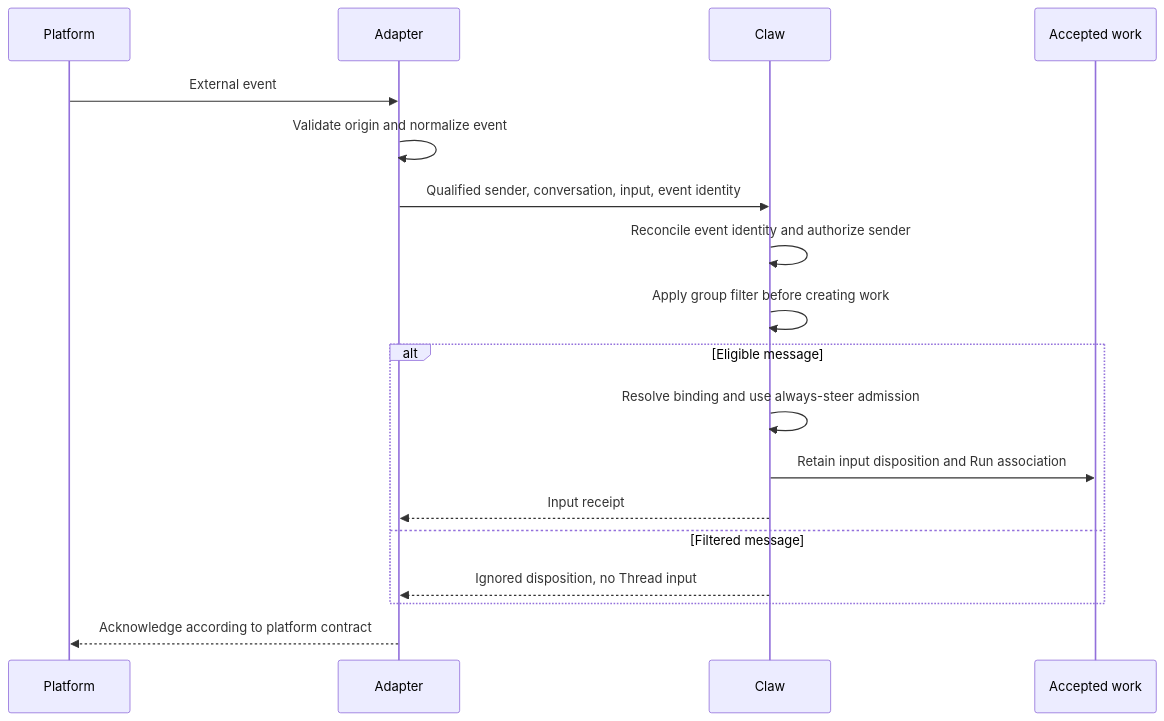
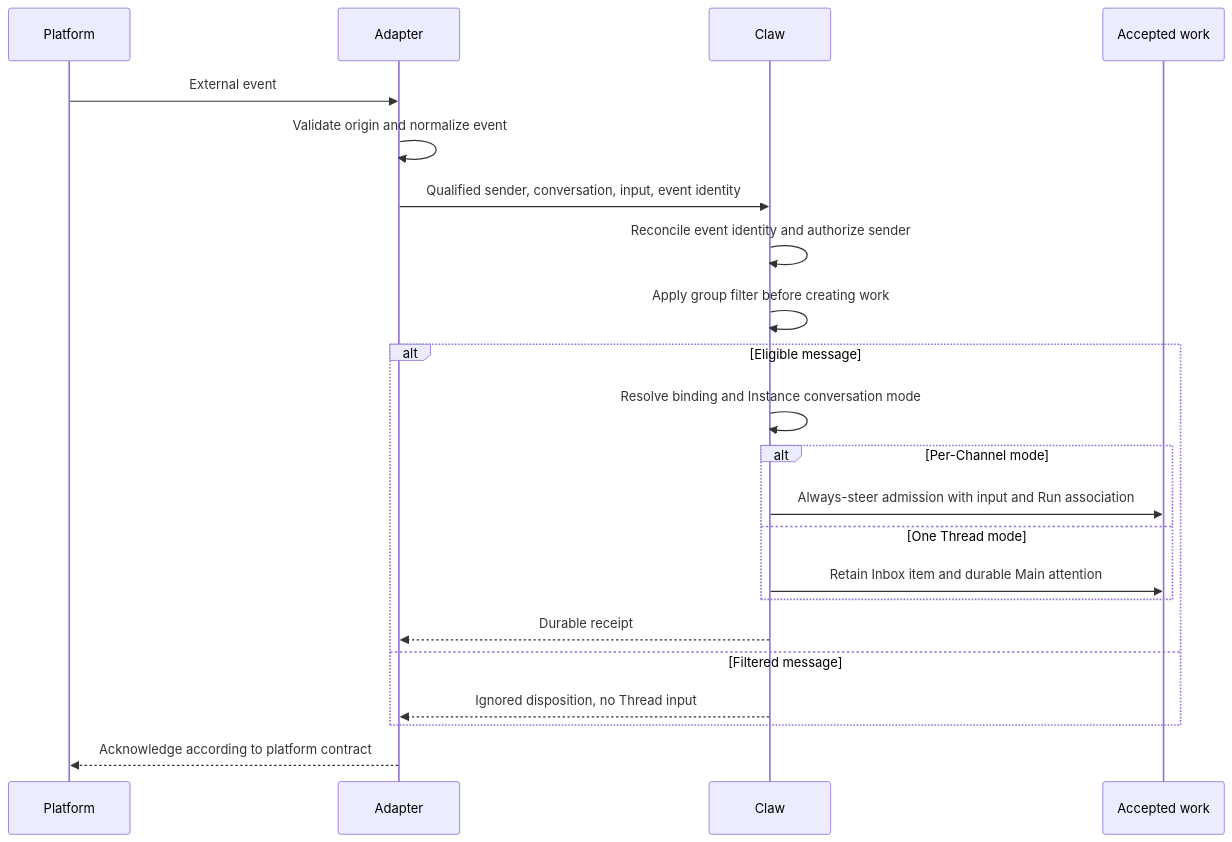
The diagram in spec/07-bridges-and-clients.md (Wh1isper/a13n-claw), drawn with Mermaid before and after one commit. The commit also changed other lines of this file and 11 other files, not shown here.

Commit message:
docs(spec): define One Thread coordination and durable Inbox drain (#15)

````diff
--- a/spec/07-bridges-and-clients.md
+++ b/spec/07-bridges-and-clients.md
@@ -50,20 +50,24 @@
 ```mermaid
 sequenceDiagram
     participant Platform
     participant Adapter
     participant Claw
     participant Work as Accepted work
     Platform->>Adapter: External event
     Adapter->>Adapter: Validate origin and normalize event
     Adapter->>Claw: Qualified sender, conversation, input, event identity
     Claw->>Claw: Reconcile event identity and authorize sender
     Claw->>Claw: Apply group filter before creating work
     alt Eligible message
-        Claw->>Claw: Resolve binding and use always-steer admission
-        Claw->>Work: Retain input disposition and Run association
-        Claw-->>Adapter: Input receipt
+        Claw->>Claw: Resolve binding and Instance conversation mode
+        alt Per-Channel mode
+            Claw->>Work: Always-steer admission with input and Run association
+        else One Thread mode
+            Claw->>Work: Retain Inbox item and durable Main attention
+        end
+        Claw-->>Adapter: Durable receipt
     else Filtered message
         Claw-->>Adapter: Ignored disposition, no Thread input
     end
     Adapter-->>Platform: Acknowledge according to platform contract
 ```
````
